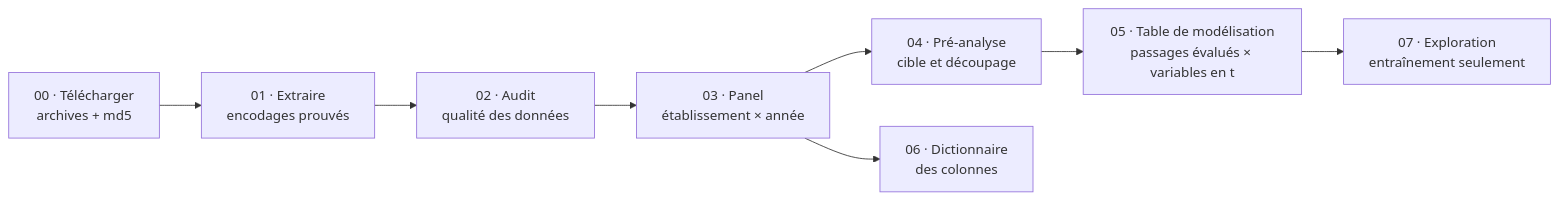
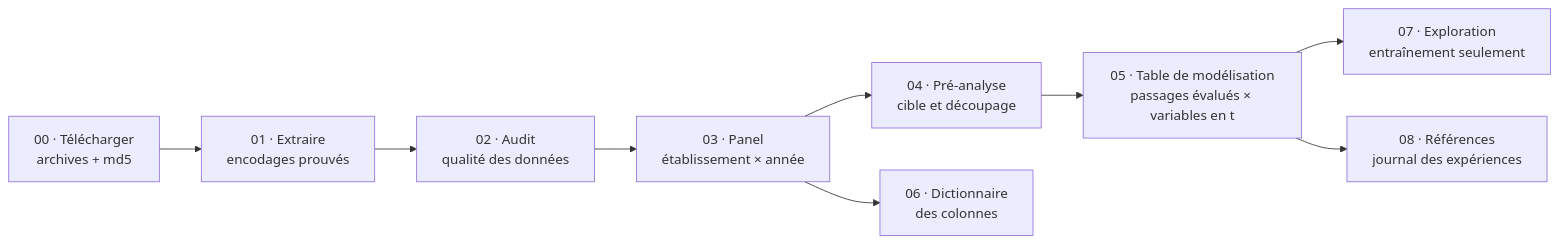
One commit to ousmane-soumah01/sae-decrochage-mco changed the diagram in README.md. Above: the diagram before and after it, drawn with Mermaid. The commit also changed other lines of this file and 1 other file, not shown here.

Commit message:
Décisions : journal des expériences et références à battre

````diff
--- a/README.md
+++ b/README.md
@@ -88,10 +89,11 @@
 ```mermaid
 flowchart LR
     A["00 · Télécharger<br/>archives + md5"] --> B["01 · Extraire<br/>encodages prouvés"]
     B --> C["02 · Audit<br/>qualité des données"]
     C --> D["03 · Panel<br/>établissement × année"]
     D --> E["04 · Pré-analyse<br/>cible et découpage"]
     D --> F["06 · Dictionnaire<br/>des colonnes"]
     E --> G["05 · Table de modélisation<br/>passages évalués × variables en t"]
     G --> H["07 · Exploration<br/>entraînement seulement"]
+    G --> I["08 · Références<br/>journal des expériences"]
 ```
````
